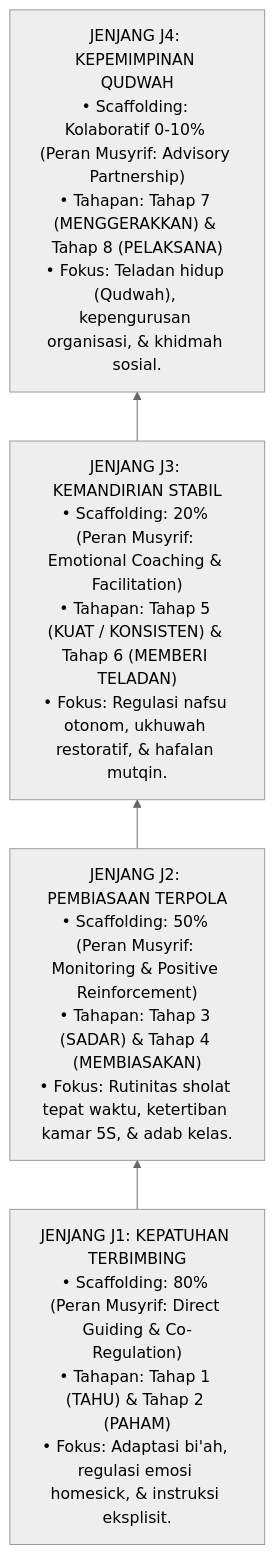
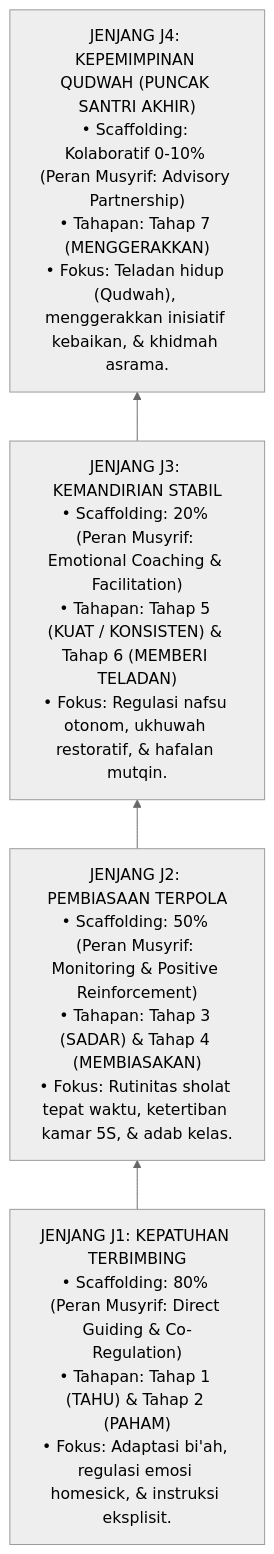
Before and after one commit to wandiapriliyandi/tumbuh: the diagram in 04 Progression Framework/02 Development Levels/P4-02-Detail-4-Jenjang-Kemandirian-J1-J4.md, drawn with Mermaid (neutral theme). The commit also changed other lines of this file and 2 other files, not shown here.

Commit message:
fix(progression): set Tahap 8 (Pelaksana), 9 (Pembina), 10 (Pemberdaya) as Pasca-Pesantren stages

````diff
--- a/04 Progression Framework/02 Development Levels/P4-02-Detail-4-Jenjang-Kemandirian-J1-J4.md
+++ b/04 Progression Framework/02 Development Levels/P4-02-Detail-4-Jenjang-Kemandirian-J1-J4.md
@@ -24,12 +25,12 @@
 ```mermaid
 graph BT
     J1["JENJANG J1: KEPATUHAN TERBIMBING<br/>• Scaffolding: 80% (Peran Musyrif: Direct Guiding & Co-Regulation)<br/>• Tahapan: Tahap 1 (TAHU) & Tahap 2 (PAHAM)<br/>• Fokus: Adaptasi bi'ah, regulasi emosi homesick, & instruksi eksplisit."]
     
     J2["JENJANG J2: PEMBIASAAN TERPOLA<br/>• Scaffolding: 50% (Peran Musyrif: Monitoring & Positive Reinforcement)<br/>• Tahapan: Tahap 3 (SADAR) & Tahap 4 (MEMBIASAKAN)<br/>• Fokus: Rutinitas sholat tepat waktu, ketertiban kamar 5S, & adab kelas."]
     
     J3["JENJANG J3: KEMANDIRIAN STABIL<br/>• Scaffolding: 20% (Peran Musyrif: Emotional Coaching & Facilitation)<br/>• Tahapan: Tahap 5 (KUAT / KONSISTEN) & Tahap 6 (MEMBERI TELADAN)<br/>• Fokus: Regulasi nafsu otonom, ukhuwah restoratif, & hafalan mutqin."]
     
-    J4["JENJANG J4: KEPEMIMPINAN QUDWAH<br/>• Scaffolding: Kolaboratif 0-10% (Peran Musyrif: Advisory Partnership)<br/>• Tahapan: Tahap 7 (MENGGERAKKAN) & Tahap 8 (PELAKSANA)<br/>• Fokus: Teladan hidup (Qudwah), kepengurusan organisasi, & khidmah sosial."]
+    J4["JENJANG J4: KEPEMIMPINAN QUDWAH (PUNCAK SANTRI AKHIR)<br/>• Scaffolding: Kolaboratif 0-10% (Peran Musyrif: Advisory Partnership)<br/>• Tahapan: Tahap 7 (MENGGERAKKAN)<br/>• Fokus: Teladan hidup (Qudwah), menggerakkan inisiatif kebaikan, & khidmah asrama."]
 
     J1 --> J2 --> J3 --> J4
 ```
````
